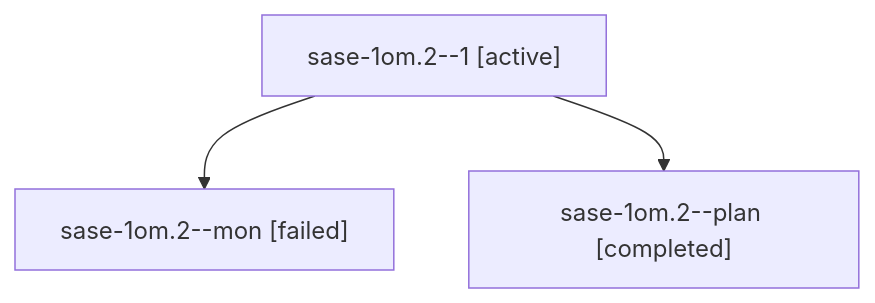
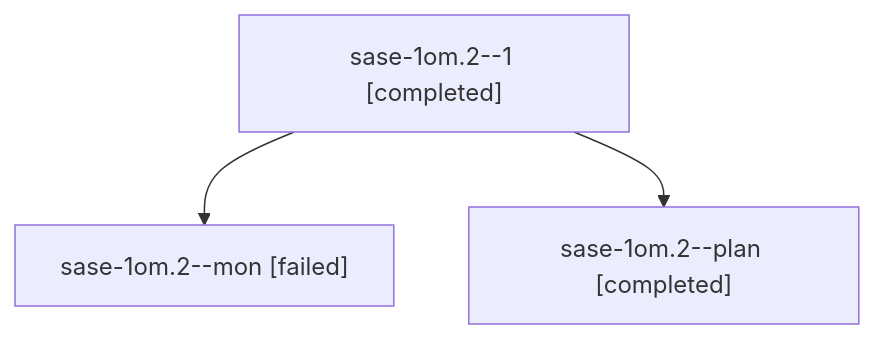
Before and after one commit to sase-org/sase--agents: the diagram in sessions/bbugyi200.athena.sase-1om.2.md, drawn with Mermaid. The commit also changed other lines of this file and 45 other files, not shown here.

````diff
--- a/sessions/bbugyi200.athena.sase-1om.2.md
+++ b/sessions/bbugyi200.athena.sase-1om.2.md
@@ -9,8 +9,8 @@
 ```mermaid
 flowchart TD
-  n0["sase-1om.2--1 [active]"]
+  n0["sase-1om.2--1 [completed]"]
   n1["sase-1om.2--mon [failed]"]
   n0 --> n1
   n2["sase-1om.2--plan [completed]"]
   n0 --> n2
 ```
````
